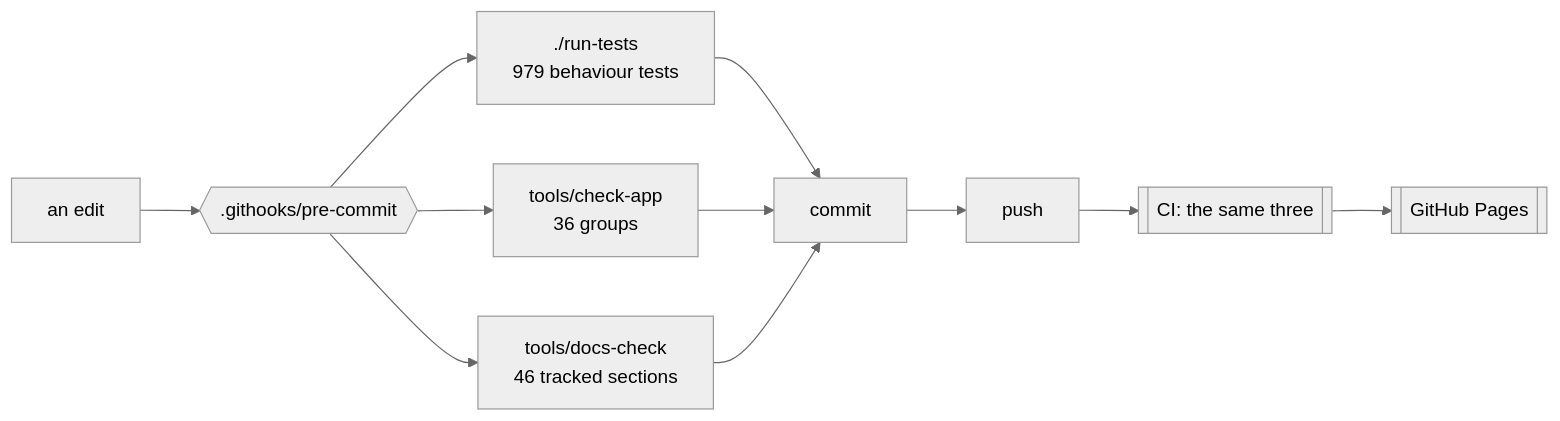
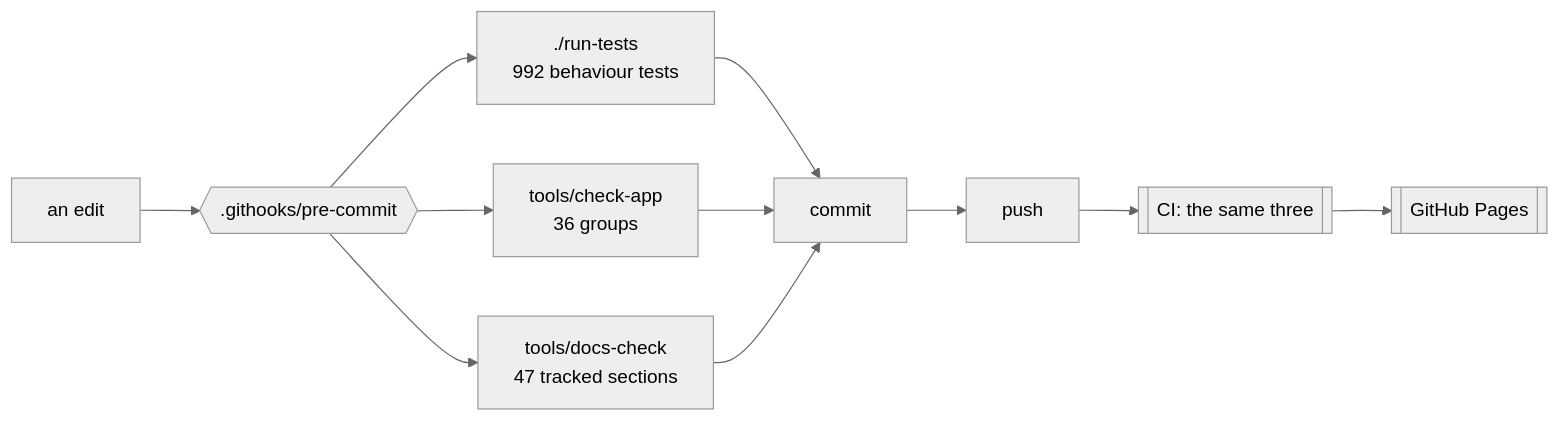
The first of 3 diagrams in docs/DEVELOPING.md (minormending/crystal-pilot-mobile), drawn with Mermaid (neutral theme) before and after one commit. The commit also changed other lines of this file and 13 other files, not shown here.

````diff
--- a/docs/DEVELOPING.md
+++ b/docs/DEVELOPING.md
@@ -15,12 +15,12 @@
 ```mermaid
 flowchart LR
     E[an edit] --> H{{".githooks/pre-commit"}}
-    H --> T["./run-tests<br/>979 behaviour tests"]
+    H --> T["./run-tests<br/>992 behaviour tests"]
     H --> C["tools/check-app<br/>36 groups"]
-    H --> D["tools/docs-check<br/>46 tracked sections"]
+    H --> D["tools/docs-check<br/>47 tracked sections"]
     T --> OK[commit]
     C --> OK
     D --> OK
     OK --> P[push] --> CI[["CI: the same three"]]
     CI --> PG[[GitHub Pages]]
 ```
````
